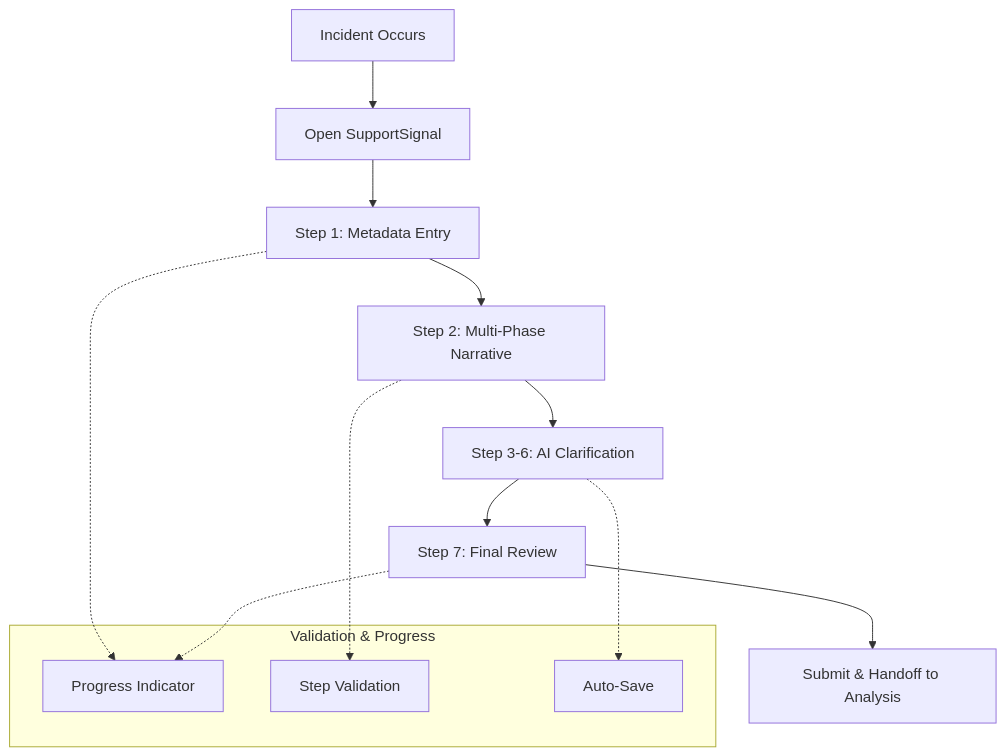
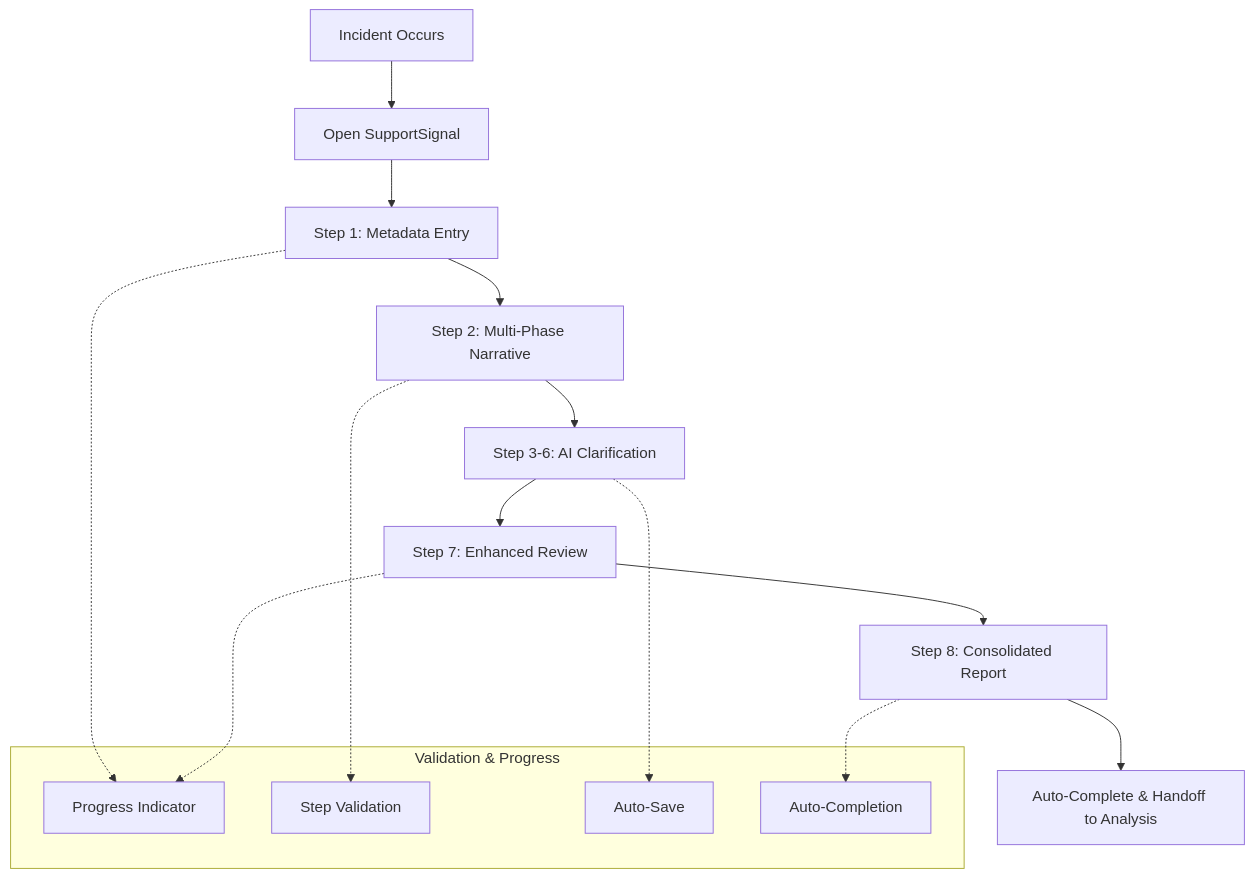
One commit to SupportSignal/app.supportsignal.com.au changed the diagram in docs/prd/epic-3.md. Above: the diagram before and after it, drawn with Mermaid. The commit also changed other lines of this file, not shown here.

First line of the commit message:
docs: add Story 3.4 Workflow Auto-Completion to Epic 3

````diff
--- a/docs/prd/epic-3.md
+++ b/docs/prd/epic-3.md
@@ -37,20 +37,23 @@
 ```mermaid
 graph TD
     A[Incident Occurs] --> B[Open SupportSignal]
     B --> C[Step 1: Metadata Entry]
     C --> D[Step 2: Multi-Phase Narrative]
     D --> E[Step 3-6: AI Clarification]
-    E --> F[Step 7: Final Review]
-    F --> G[Submit & Handoff to Analysis]
+    E --> F[Step 7: Enhanced Review]
+    F --> G[Step 8: Consolidated Report]
+    G --> H[Auto-Complete & Handoff to Analysis]
     
     subgraph "Validation & Progress"
-        H[Progress Indicator]
-        I[Step Validation]
-        J[Auto-Save]
+        I[Progress Indicator]
+        J[Step Validation]
+        K[Auto-Save]
+        L[Auto-Completion]
     end
     
-    C -.-> H
-    D -.-> I
-    E -.-> J
-    F -.-> H
+    C -.-> I
+    D -.-> J
+    E -.-> K
+    F -.-> I
+    G -.-> L
 ```
````
